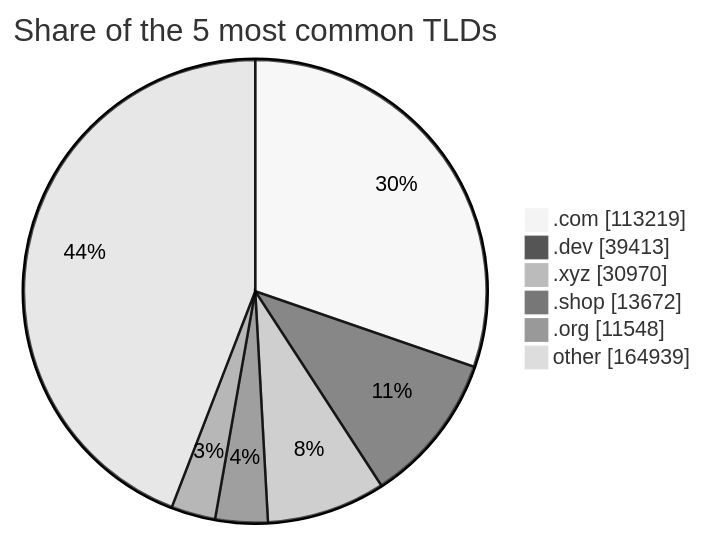
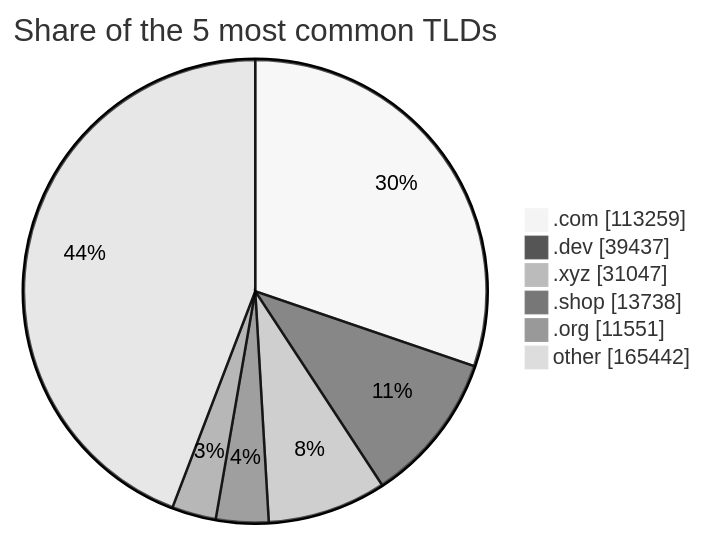
Before and after one commit to DNSBunker/CTI: the third of 3 diagrams in README.md, drawn with Mermaid (neutral theme). The commit also changed other lines of this file and 3 other files, not shown here.

````diff
--- a/README.md
+++ b/README.md
@@ -81,9 +81,9 @@
 ```mermaid
 pie showData title Share of the 5 most common TLDs
-    ".com" : 113219
-    ".dev" : 39413
-    ".xyz" : 30970
-    ".shop" : 13672
-    ".org" : 11548
-    "other" : 164939
+    ".com" : 113259
+    ".dev" : 39437
+    ".xyz" : 31047
+    ".shop" : 13738
+    ".org" : 11551
+    "other" : 165442
 ```
````
